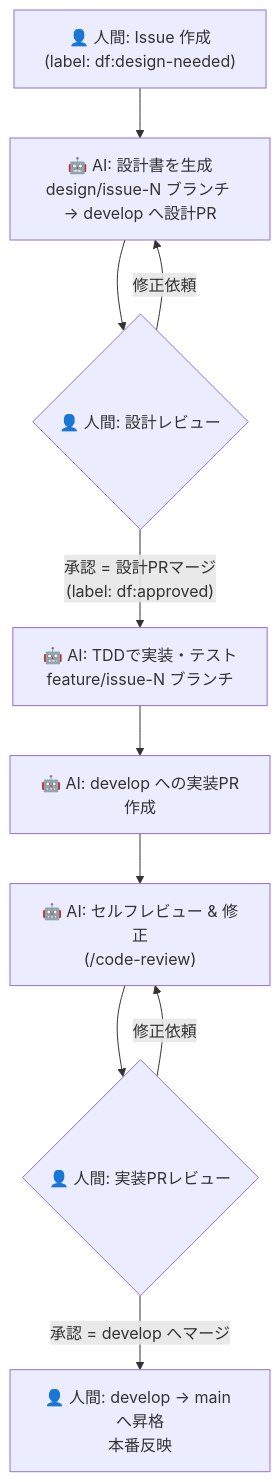
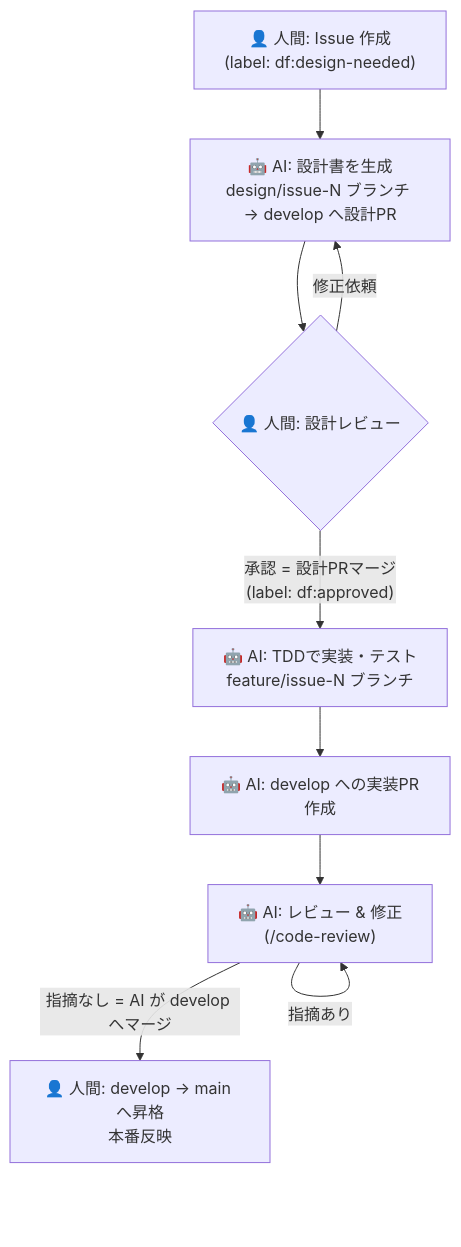
The diagram in docs/dark-factory-workflow.md (itizawa/hatchery), drawn with Mermaid before and after one commit. The commit also changed other lines of this file, not shown here.

````diff
--- a/docs/dark-factory-workflow.md
+++ b/docs/dark-factory-workflow.md
@@ -8,12 +8,11 @@
 ```mermaid
 flowchart TD
     A["👤 人間: Issue 作成<br/>(label: df:design-needed)"] --> B["🤖 AI: 設計書を生成<br/>design/issue-N ブランチ → develop へ設計PR"]
     B --> C{"👤 人間: 設計レビュー"}
     C -- 修正依頼 --> B
     C -- 承認 = 設計PRマージ<br/>(label: df:approved) --> D["🤖 AI: TDDで実装・テスト<br/>feature/issue-N ブランチ"]
     D --> E["🤖 AI: develop への実装PR作成"]
-    E --> F["🤖 AI: セルフレビュー & 修正<br/>(/code-review)"]
-    F --> G{"👤 人間: 実装PRレビュー"}
-    G -- 修正依頼 --> F
-    G -- 承認 = develop へマージ --> H["👤 人間: develop → main へ昇格<br/>本番反映"]
+    E --> F["🤖 AI: レビュー & 修正<br/>(/code-review)"]
+    F -- 指摘あり --> F
+    F -- 指摘なし = AI が develop へマージ --> H["👤 人間: develop → main へ昇格<br/>本番反映"]
 ```
````
